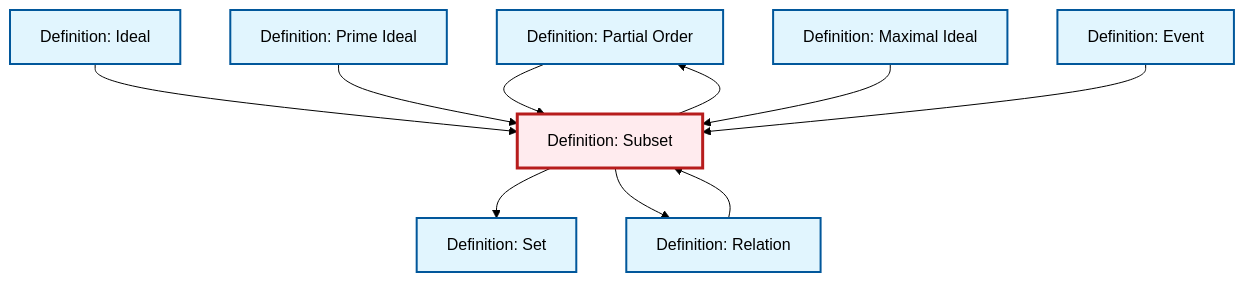
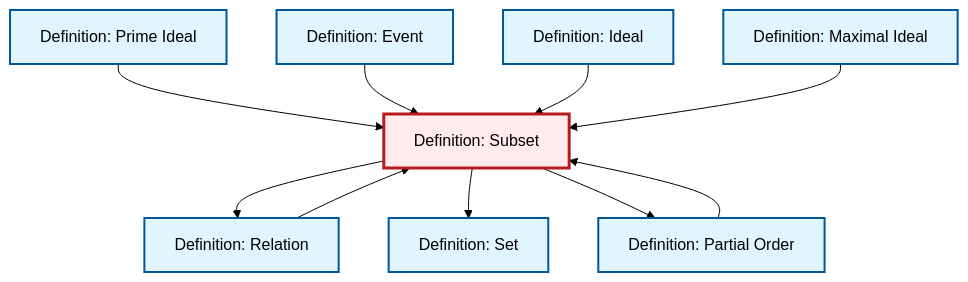
One commit to RK0429/ModernMath changed the diagram in content/en/logic-set-theory/def-subset.qmd. Above: the diagram before and after it, drawn with Mermaid (forest theme). The commit also changed other lines of this file and 328 other files, not shown here.

````diff
--- a/content/en/logic-set-theory/def-subset.qmd
+++ b/content/en/logic-set-theory/def-subset.qmd
@@ -51,34 +51,34 @@
 ```{mermaid}
 %%| fig-cap: "Local dependency graph"
 graph TD
     classDef definition fill:#e1f5fe,stroke:#01579b,stroke-width:2px
     classDef theorem fill:#f3e5f5,stroke:#4a148c,stroke-width:2px
     classDef axiom fill:#fff3e0,stroke:#e65100,stroke-width:2px
     classDef example fill:#e8f5e9,stroke:#1b5e20,stroke-width:2px
     classDef current fill:#ffebee,stroke:#b71c1c,stroke-width:3px
+    def-ideal["Definition: Ideal"]:::definition
+    def-partial-order["Definition: Partial Order"]:::definition
     def-set["Definition: Set"]:::definition
-    def-partial-order["Definition: Partial Order"]:::definition
+    def-relation["Definition: Relation"]:::definition
+    def-prime-ideal["Definition: Prime Ideal"]:::definition
+    def-subset["Definition: Subset"]:::definition
     def-maximal-ideal["Definition: Maximal Ideal"]:::definition
     def-event["Definition: Event"]:::definition
-    def-subset["Definition: Subset"]:::definition
-    def-prime-ideal["Definition: Prime Ideal"]:::definition
-    def-ideal["Definition: Ideal"]:::definition
-    def-relation["Definition: Relation"]:::definition
     def-partial-order --> def-subset
+    def-subset --> def-relation
+    def-prime-ideal --> def-subset
+    def-subset --> def-set
+    def-subset --> def-partial-order
+    def-event --> def-subset
     def-ideal --> def-subset
-    def-prime-ideal --> def-subset
+    def-relation --> def-subset
     def-maximal-ideal --> def-subset
-    def-subset --> def-partial-order
-    def-relation --> def-subset
-    def-subset --> def-set
-    def-subset --> def-relation
-    def-event --> def-subset
     class def-subset current
+    click def-ideal "def-ideal.html" "Go to Ideal definition"
+    click def-partial-order "def-partial-order.html" "Go to Partial Order definition"
     click def-set "def-set.html" "Go to Set definition"
-    click def-partial-order "def-partial-order.html" "Go to Partial Order definition"
+    click def-relation "def-relation.html" "Go to Relation definition"
+    click def-prime-ideal "def-prime-ideal.html" "Go to Prime Ideal definition"
     click def-maximal-ideal "def-maximal-ideal.html" "Go to Maximal Ideal definition"
     click def-event "def-event.html" "Go to Event definition"
-    click def-prime-ideal "def-prime-ideal.html" "Go to Prime Ideal definition"
-    click def-ideal "def-ideal.html" "Go to Ideal definition"
-    click def-relation "def-relation.html" "Go to Relation definition"
 ```
````
